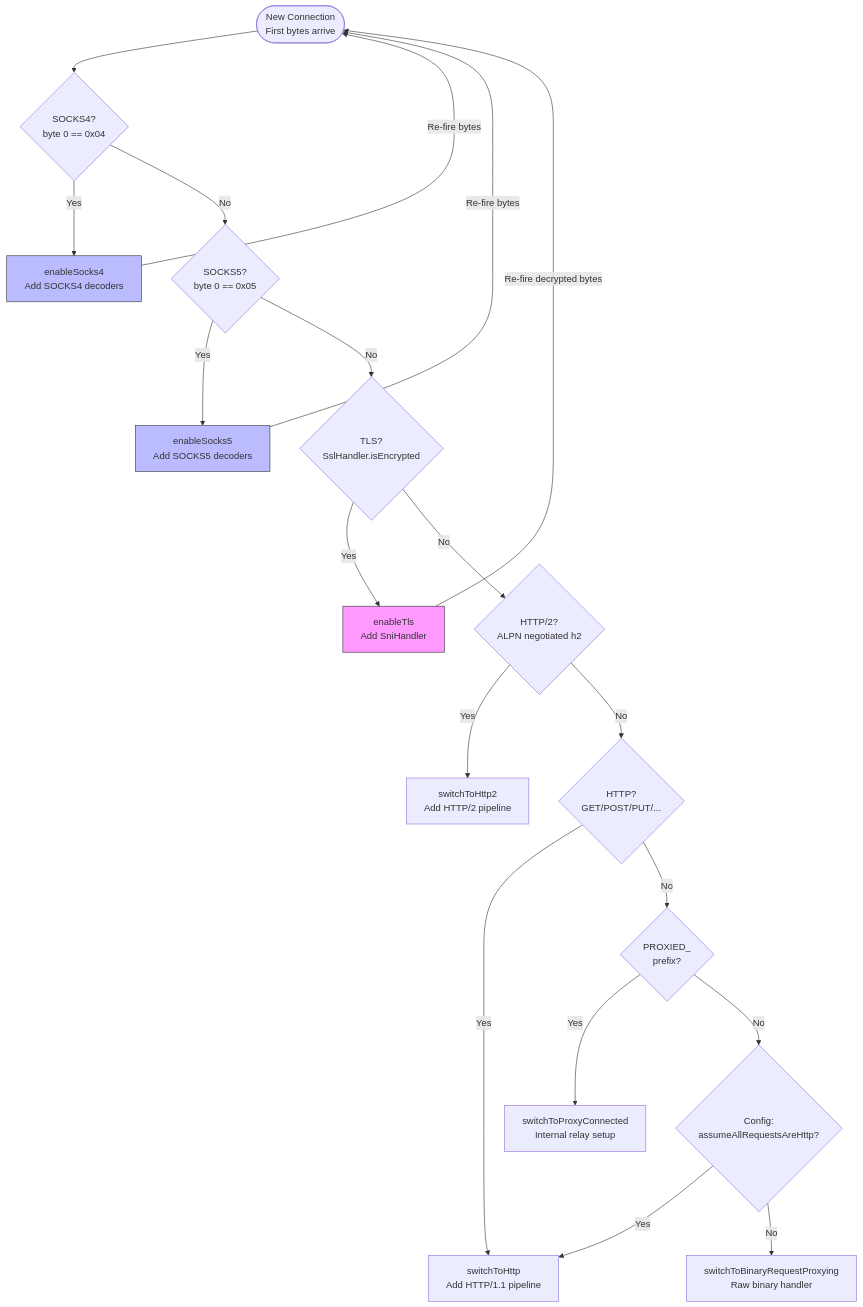
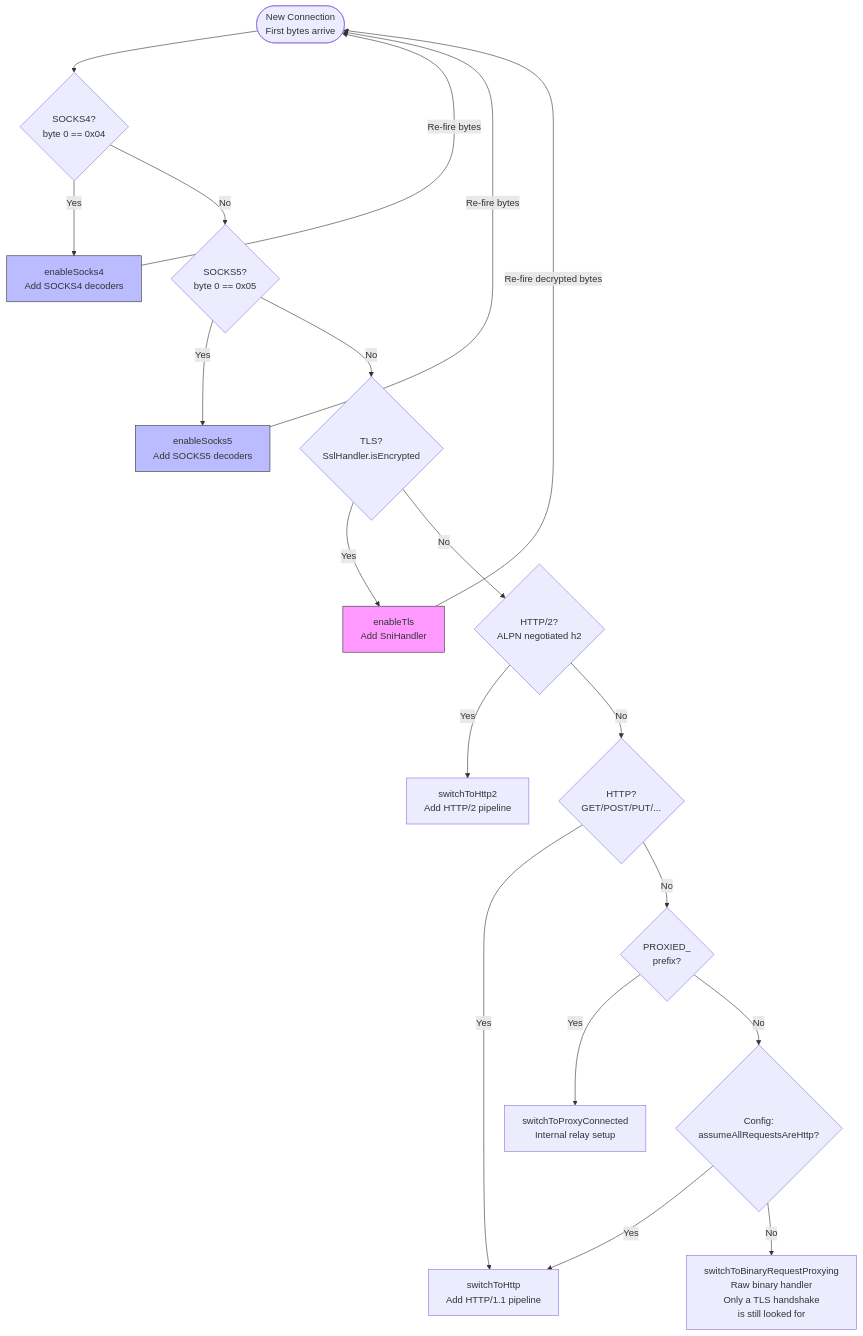
Before and after one commit to inspire12/mockserver: the third of 26 diagrams in docs/code/netty-pipeline.md, drawn with Mermaid. The commit also changed other lines of this file and 12 other files, not shown here.

````diff
--- a/docs/code/netty-pipeline.md
+++ b/docs/code/netty-pipeline.md
@@ -183,41 +183,43 @@
 ```mermaid
 flowchart TD
     START(["New Connection
 First bytes arrive"]) --> SOCKS4{"SOCKS4?
 byte 0 == 0x04"}
     SOCKS4 -->|Yes| EN_S4["enableSocks4
 Add SOCKS4 decoders"]
     SOCKS4 -->|No| SOCKS5{"SOCKS5?
 byte 0 == 0x05"}
     SOCKS5 -->|Yes| EN_S5["enableSocks5
 Add SOCKS5 decoders"]
     SOCKS5 -->|No| TLS{"TLS?
 SslHandler.isEncrypted"}
     TLS -->|Yes| EN_TLS["enableTls
 Add SniHandler"]
     TLS -->|No| H2{"HTTP/2?
 ALPN negotiated h2"}
     H2 -->|Yes| SW_H2["switchToHttp2
 Add HTTP/2 pipeline"]
     H2 -->|No| HTTP{"HTTP?
 GET/POST/PUT/..."}
     HTTP -->|Yes| SW_HTTP["switchToHttp
 Add HTTP/1.1 pipeline"]
     HTTP -->|No| PROXY{"PROXIED_
 prefix?"}
     PROXY -->|Yes| SW_PROXY["switchToProxyConnected
 Internal relay setup"]
     PROXY -->|No| ASSUME{"Config:
 assumeAllRequestsAreHttp?"}
     ASSUME -->|Yes| SW_HTTP
     ASSUME -->|No| SW_BIN["switchToBinaryRequestProxying
-Raw binary handler"]
+Raw binary handler
+Only a TLS handshake
+is still looked for"]
 
     EN_TLS -->|Re-fire decrypted bytes| START
     EN_S4 -->|Re-fire bytes| START
     EN_S5 -->|Re-fire bytes| START
 
     style EN_TLS fill:#f9f,stroke:#333
     style EN_S4 fill:#bbf,stroke:#333
     style EN_S5 fill:#bbf,stroke:#333
 ```
````
